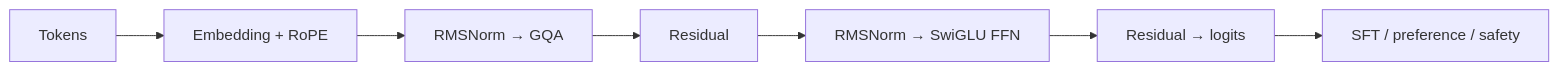
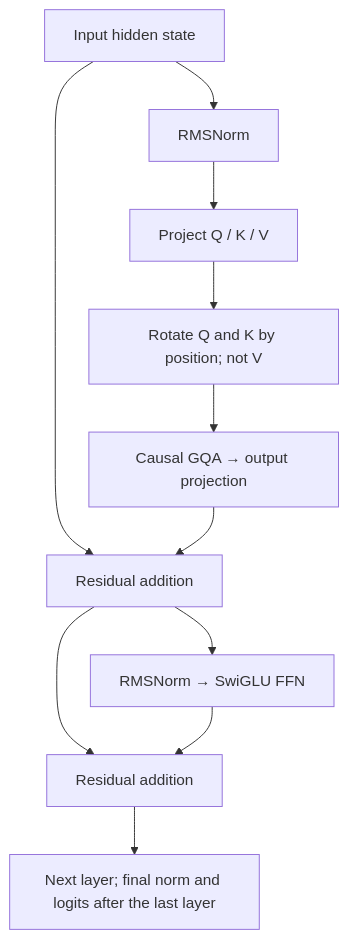
The first of 2 diagrams in 00-foundations/model-families/llama.en.md (tianyi-zhang-02/cooking-agi), drawn with Mermaid before and after one commit. The commit also changed other lines of this file and 457 other files, not shown here.

````diff
--- a/00-foundations/model-families/llama.en.md
+++ b/00-foundations/model-families/llama.en.md
@@ -22,9 +31,13 @@
 ```mermaid
-flowchart LR
-    A["Tokens"] --> B["Embedding + RoPE"]
-    B --> C["RMSNorm → GQA"]
-    C --> D["Residual"]
-    D --> E["RMSNorm → SwiGLU FFN"]
-    E --> F["Residual → logits"]
-    F --> G["SFT / preference / safety"]
+flowchart TD
+    X["Input hidden state"] --> N["RMSNorm"]
+    N --> Q["Project Q / K / V"]
+    Q --> R["Rotate Q and K by position; not V"]
+    R --> A["Causal GQA → output projection"]
+    X --> S["Residual addition"]
+    A --> S
+    S --> F["RMSNorm → SwiGLU FFN"]
+    S --> T["Residual addition"]
+    F --> T
+    T --> U["Next layer; final norm and logits after the last layer"]
 ```
````
